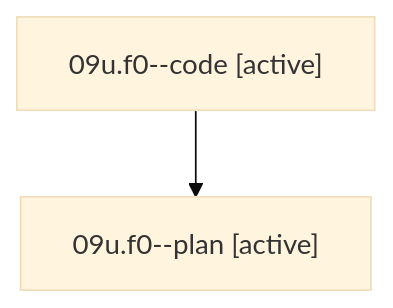
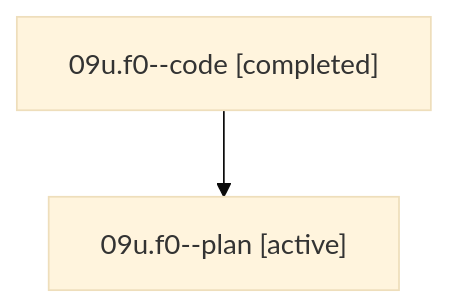
One commit to sase-org/sase--agents changed the diagram in families/bbugyi200.athena.09u.f0.md. Above: the diagram before and after it, drawn with Mermaid (base theme). The commit also changed other lines of this file and 35830 other files, not shown here.

````diff
--- a/families/bbugyi200.athena.09u.f0.md
+++ b/families/bbugyi200.athena.09u.f0.md
@@ -9,6 +9,6 @@
 ```mermaid
 flowchart TD
-  n0["09u.f0--code [active]"]
+  n0["09u.f0--code [completed]"]
   n1["09u.f0--plan [active]"]
   n0 --> n1
 ```
````
